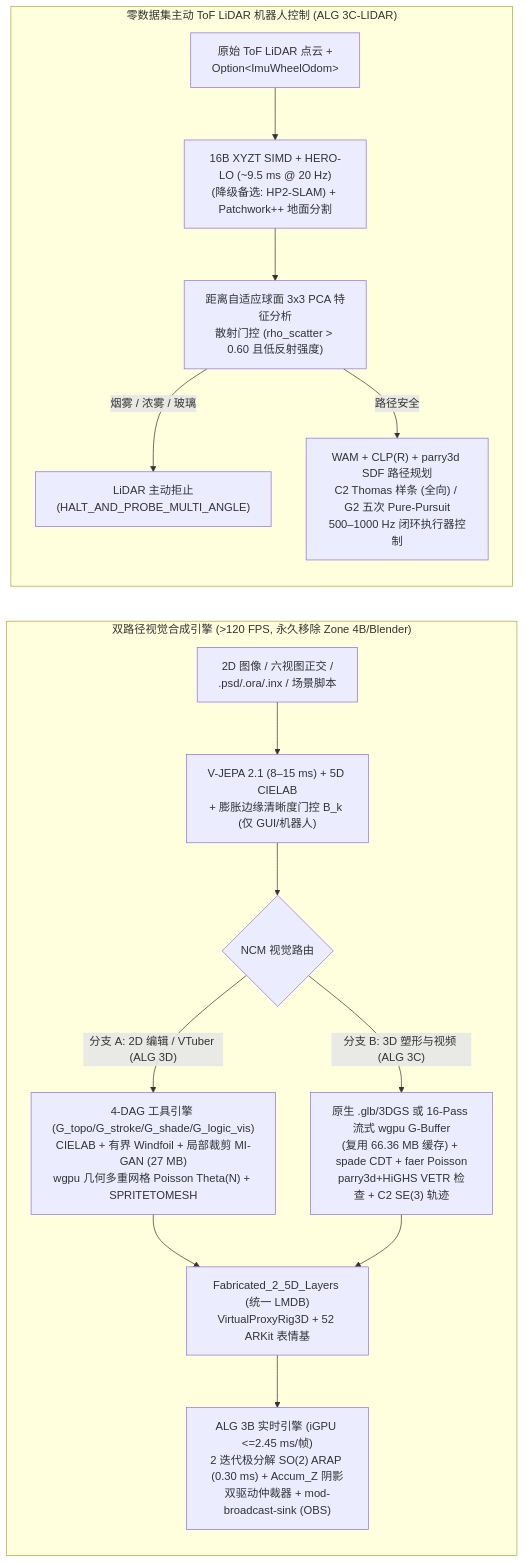
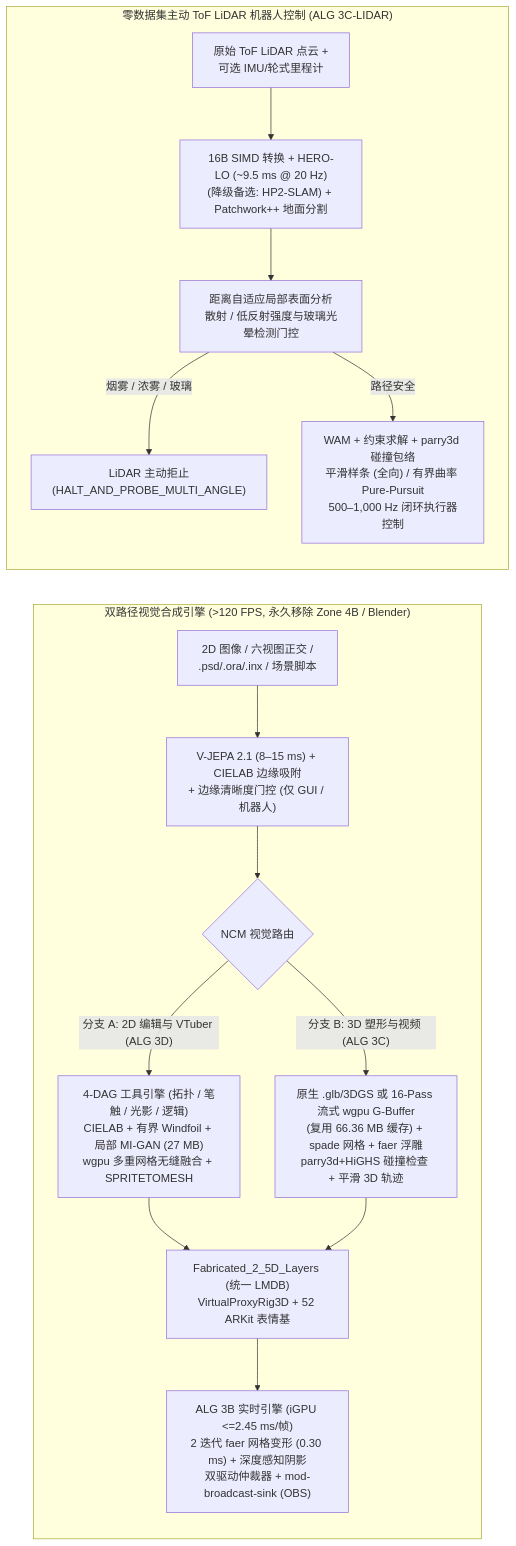
Before and after one commit to vuhoangquanhoctap-glitch/Takuma-1-Trinity: diagram 15 of 16 in README.md, drawn with Mermaid. The commit also changed other lines of this file, not shown here.

````diff
--- a/README.md
+++ b/README.md
@@ -1062,19 +1110,19 @@
 ```mermaid
 flowchart LR
-    subgraph VIS_PIPE["双路径视觉合成引擎 (>120 FPS, 永久移除 Zone 4B/Blender)"]
-        VIN["2D 图像 / 六视图正交 /<br/>.psd/.ora/.inx / 场景脚本"] --> VPER["V-JEPA 2.1 (8–15 ms) + 5D CIELAB<br/>+ 膨胀边缘清晰度门控 B_k (仅 GUI/机器人)"]
+    subgraph VIS_PIPE["双路径视觉合成引擎 (>120 FPS, 永久移除 Zone 4B / Blender)"]
+        VIN["2D 图像 / 六视图正交 /<br/>.psd/.ora/.inx / 场景脚本"] --> VPER["V-JEPA 2.1 (8–15 ms) + CIELAB 边缘吸附<br/>+ 边缘清晰度门控 (仅 GUI / 机器人)"]
         VPER --> VRT{"NCM 视觉路由"}
-        VRT -- "分支 A: 2D 编辑 / VTuber (ALG 3D)" --> BA["4-DAG 工具引擎 (G_topo/G_stroke/G_shade/G_logic_vis)<br/>CIELAB + 有界 Windfoil + 局部裁剪 MI-GAN (27 MB)<br/>wgpu 几何多重网格 Poisson Theta(N) + SPRITETOMESH"]
-        VRT -- "分支 B: 3D 塑形与视频 (ALG 3C)" --> BB["原生 .glb/3DGS 或 16-Pass 流式 wgpu G-Buffer<br/>(复用 66.36 MB 缓存) + spade CDT + faer Poisson<br/>parry3d+HiGHS VETR 检查 + C2 SE(3) 轨迹"]
+        VRT -- "分支 A: 2D 编辑与 VTuber (ALG 3D)" --> BA["4-DAG 工具引擎 (拓扑 / 笔触 / 光影 / 逻辑)<br/>CIELAB + 有界 Windfoil + 局部 MI-GAN (27 MB)<br/>wgpu 多重网格无缝融合 + SPRITETOMESH"]
+        VRT -- "分支 B: 3D 塑形与视频 (ALG 3C)" --> BB["原生 .glb/3DGS 或 16-Pass 流式 wgpu G-Buffer<br/>(复用 66.36 MB 缓存) + spade 网格 + faer 浮雕<br/>parry3d+HiGHS 碰撞检查 + 平滑 3D 轨迹"]
         BA --> LDB["Fabricated_2_5D_Layers (统一 LMDB)<br/>VirtualProxyRig3D + 52 ARKit 表情基"]
         BB --> LDB
-        LDB --> RT["ALG 3B 实时引擎 (iGPU <=2.45 ms/帧)<br/>2 迭代极分解 SO(2) ARAP (0.30 ms) + Accum_Z 阴影<br/>双驱动仲裁器 + mod-broadcast-sink (OBS)"]
+        LDB --> RT["ALG 3B 实时引擎 (iGPU <=2.45 ms/帧)<br/>2 迭代 faer 网格变形 (0.30 ms) + 深度感知阴影<br/>双驱动仲裁器 + mod-broadcast-sink (OBS)"]
     end
 
     subgraph LID_PIPE["零数据集主动 ToF LiDAR 机器人控制 (ALG 3C-LIDAR)"]
-        LIN["原始 ToF LiDAR 点云 +<br/>Option#lt;ImuWheelOdom#gt;"] --> L1["16B XYZT SIMD + HERO-LO (~9.5 ms @ 20 Hz)<br/>(降级备选: HP2-SLAM) + Patchwork++ 地面分割"]
-        L1 --> L2["距离自适应球面 3x3 PCA 特征分析<br/>散射门控 (rho_scatter > 0.60 且低反射强度)"]
+        LIN["原始 ToF LiDAR 点云 +<br/>可选 IMU/轮式里程计"] --> L1["16B SIMD 转换 + HERO-LO (~9.5 ms @ 20 Hz)<br/>(降级备选: HP2-SLAM) + Patchwork++ 地面分割"]
+        L1 --> L2["距离自适应局部表面分析<br/>散射 / 低反射强度与玻璃光晕检测门控"]
         L2 -- "烟雾 / 浓雾 / 玻璃" --> LREF["LiDAR 主动拒止<br/>(HALT_AND_PROBE_MULTI_ANGLE)"]
-        L2 -- "路径安全" --> L3["WAM + CLP(R) + parry3d SDF 路径规划<br/>C2 Thomas 样条 (全向) / G2 五次 Pure-Pursuit<br/>500–1000 Hz 闭环执行器控制"]
+        L2 -- "路径安全" --> L3["WAM + 约束求解 + parry3d 碰撞包络<br/>平滑样条 (全向) / 有界曲率 Pure-Pursuit<br/>500–1,000 Hz 闭环执行器控制"]
     end
 ```
````
